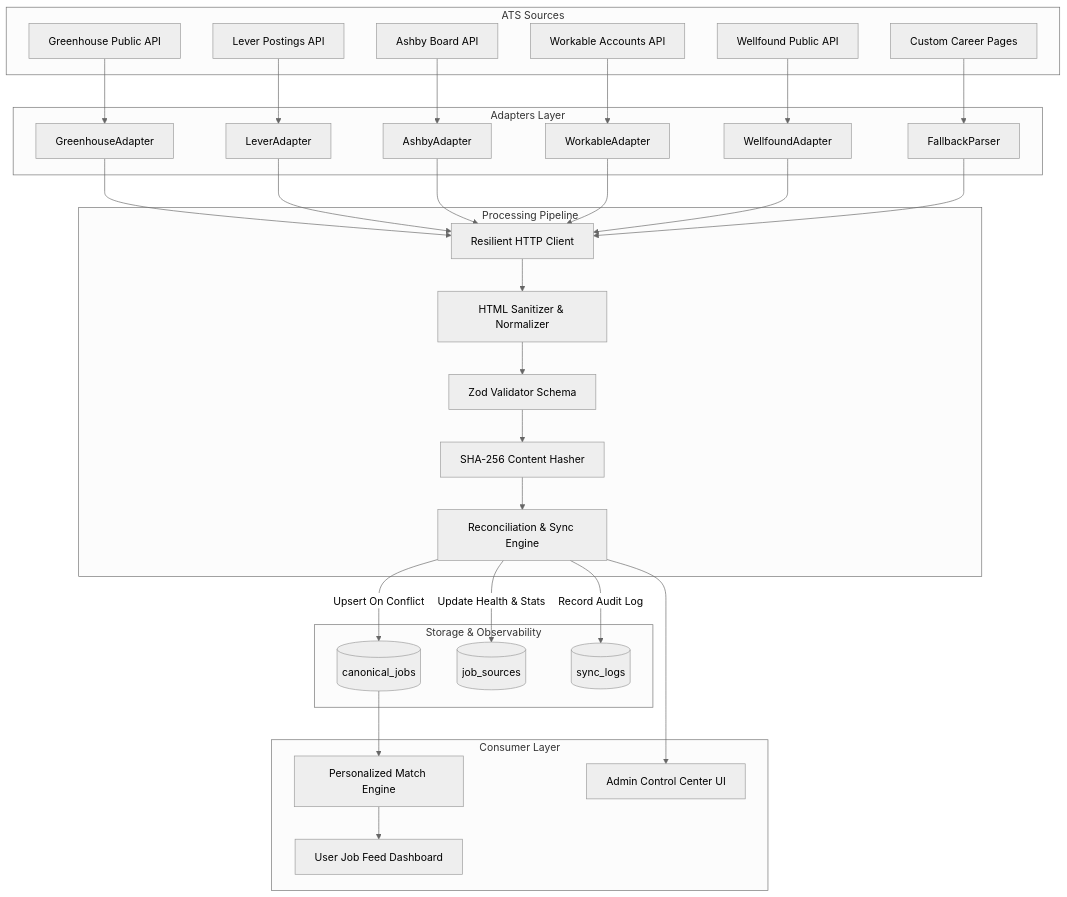
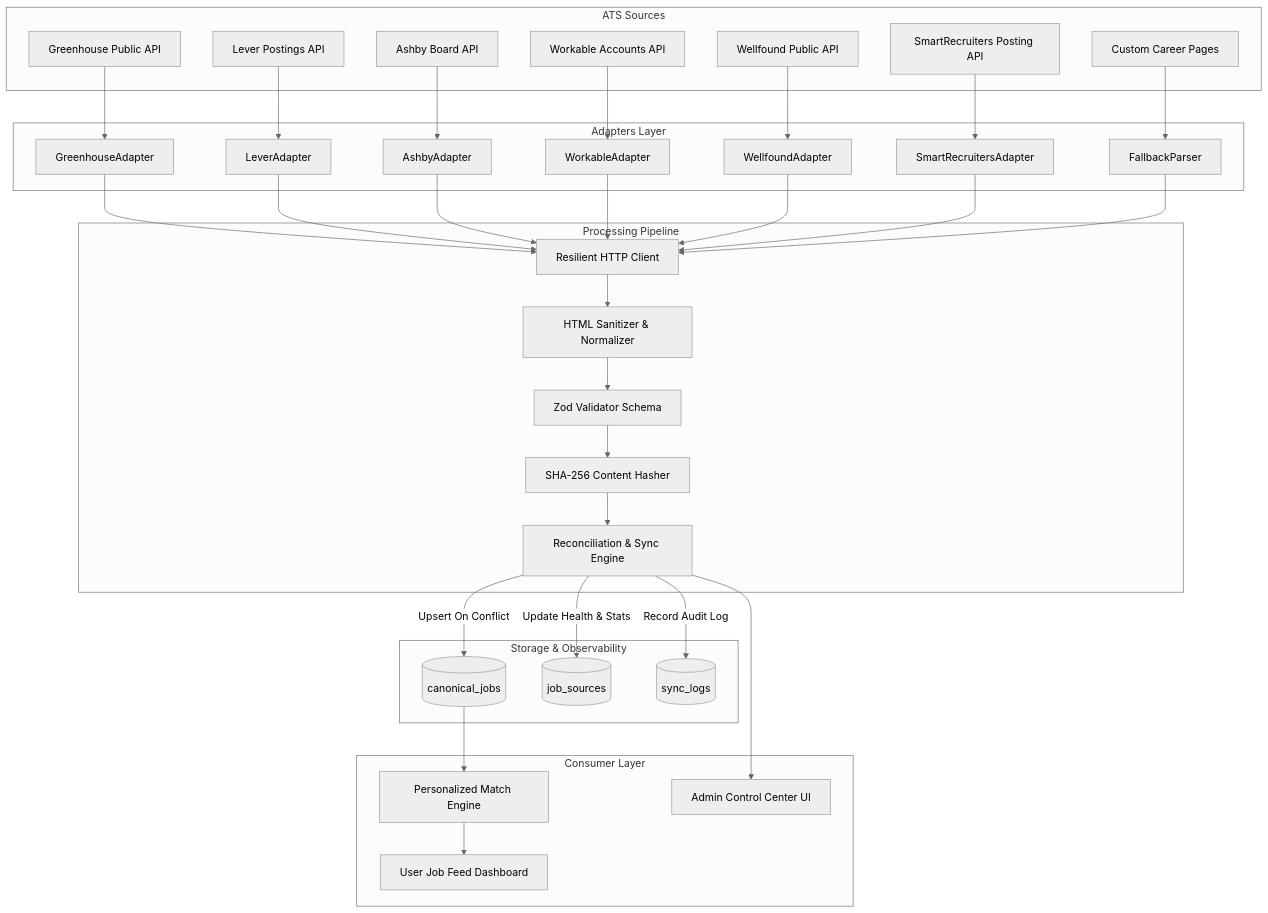
Before and after one commit to superezzdev/openned: the diagram in docs/job-ingestion.md, drawn with Mermaid (neutral theme). The commit also changed other lines of this file and 42 other files, not shown here.

First line of the commit message:
feat(ingestion): add SmartRecruiters, Y Combinator, and Adzuna job adapters and scrapers

````diff
--- a/docs/job-ingestion.md
+++ b/docs/job-ingestion.md
@@ -11,48 +11,51 @@
 ```mermaid
 graph TD
     subgraph ATS Sources
         A1[Greenhouse Public API]
         A2[Lever Postings API]
         A3[Ashby Board API]
         A4[Workable Accounts API]
         A5[Wellfound Public API]
-        A6[Custom Career Pages]
+        A6[SmartRecruiters Posting API]
+        A7[Custom Career Pages]
     end
 
     subgraph Adapters Layer
         B1[GreenhouseAdapter]
         B2[LeverAdapter]
         B3[AshbyAdapter]
         B4[WorkableAdapter]
         B5[WellfoundAdapter]
-        B6[FallbackParser]
+        B6[SmartRecruitersAdapter]
+        B7[FallbackParser]
     end
 
     A1 --> B1
     A2 --> B2
     A3 --> B3
     A4 --> B4
     A5 --> B5
     A6 --> B6
+    A7 --> B7
 
     subgraph Processing Pipeline
         C[Resilient HTTP Client] --> D[HTML Sanitizer & Normalizer]
         D --> E[Zod Validator Schema]
         E --> F[SHA-256 Content Hasher]
         F --> G[Reconciliation & Sync Engine]
     end
 
-    B1 & B2 & B3 & B4 & B5 & B6 --> C
+    B1 & B2 & B3 & B4 & B5 & B6 & B7 --> C
 
     subgraph Storage & Observability
         G -->|Upsert On Conflict| H[(canonical_jobs)]
         G -->|Update Health & Stats| I[(job_sources)]
         G -->|Record Audit Log| J[(sync_logs)]
     end
 
     subgraph Consumer Layer
         H --> K[Personalized Match Engine]
         K --> L[User Job Feed Dashboard]
         G --> M[Admin Control Center UI]
     end
 ```
````
